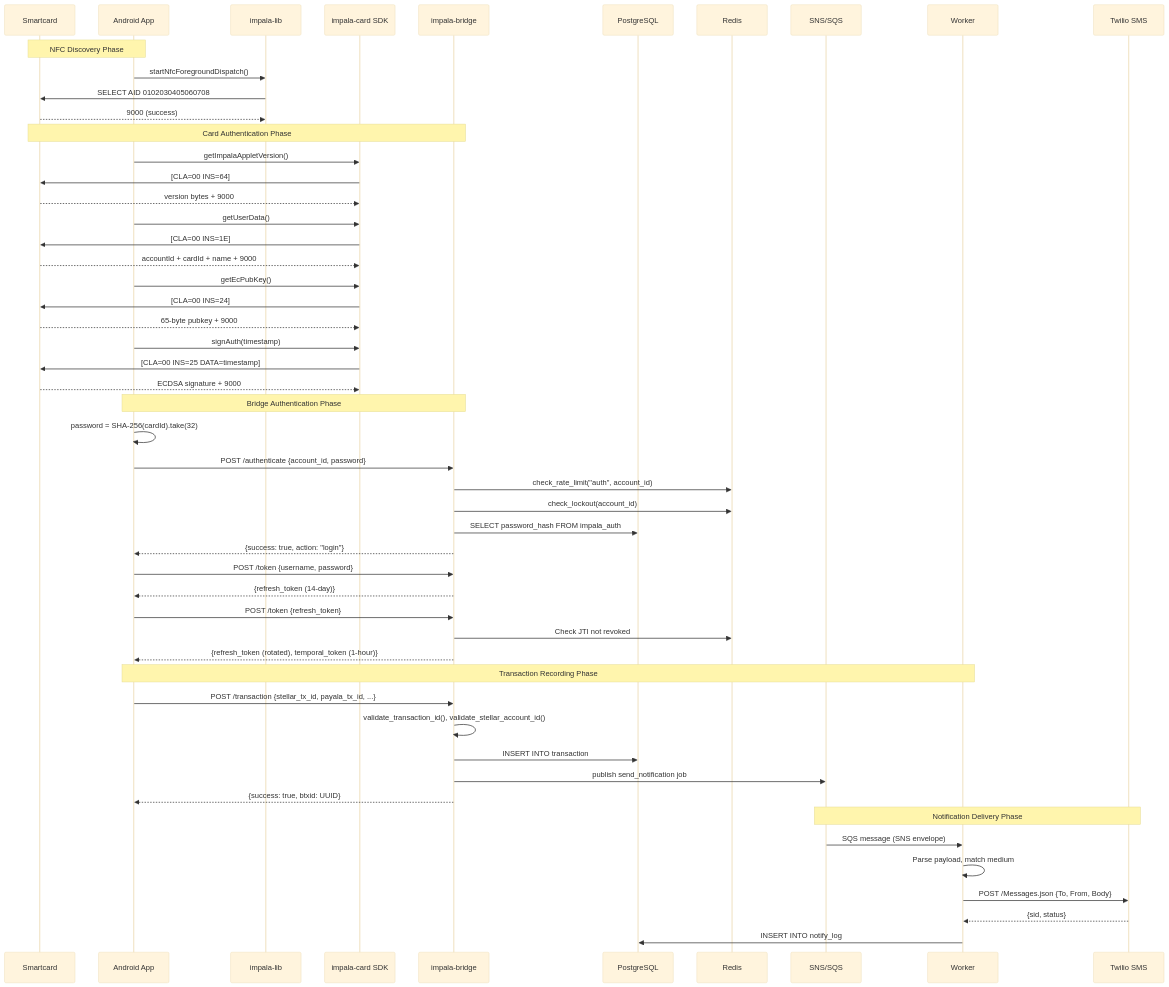
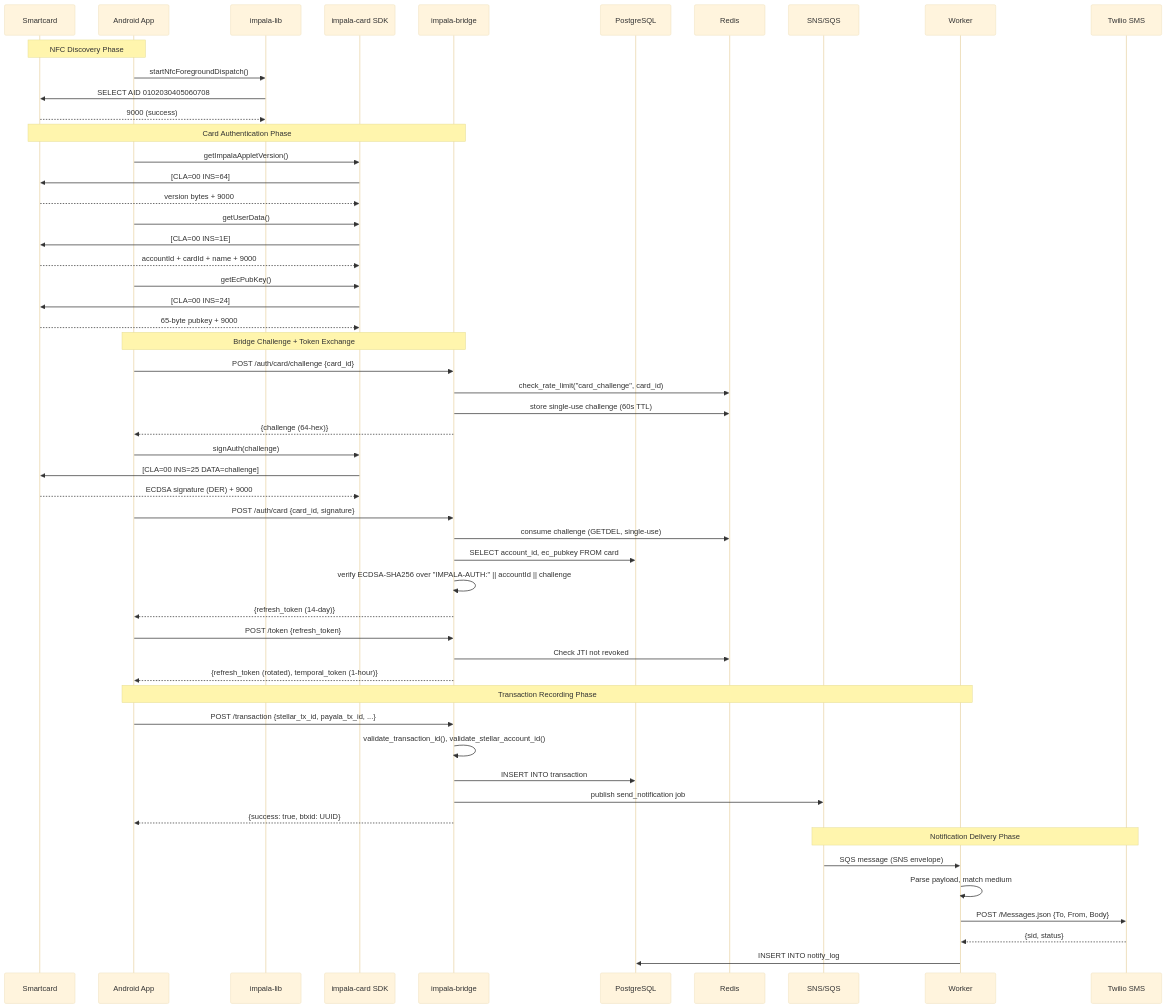
One commit to Financial-Empowerment-Partners/impala changed diagram 13 of 14 in ARCHITECTURE.md. Above: the diagram before and after it, drawn with Mermaid (base theme). The commit also changed other lines of this file and 11 other files, not shown here.

````diff
--- a/ARCHITECTURE.md
+++ b/ARCHITECTURE.md
@@ -1077,59 +1075,59 @@
 ```mermaid
 sequenceDiagram
     participant Card as Smartcard
     participant App as Android App
     participant Lib as impala-lib
     participant SDK as impala-card SDK
     participant Bridge as impala-bridge
     participant DB as PostgreSQL
     participant Redis as Redis
     participant SNS as SNS/SQS
     participant Worker as Worker
     participant Twilio as Twilio SMS
 
     Note over Card, App: NFC Discovery Phase
     App->>Lib: startNfcForegroundDispatch()
     Lib->>Card: SELECT AID 0102030405060708
     Card-->>Lib: 9000 (success)
 
     Note over Card, Bridge: Card Authentication Phase
     App->>SDK: getImpalaAppletVersion()
     SDK->>Card: [CLA=00 INS=64]
     Card-->>SDK: version bytes + 9000
     App->>SDK: getUserData()
     SDK->>Card: [CLA=00 INS=1E]
     Card-->>SDK: accountId + cardId + name + 9000
     App->>SDK: getEcPubKey()
     SDK->>Card: [CLA=00 INS=24]
     Card-->>SDK: 65-byte pubkey + 9000
-    App->>SDK: signAuth(timestamp)
-    SDK->>Card: [CLA=00 INS=25 DATA=timestamp]
-    Card-->>SDK: ECDSA signature + 9000
-
-    Note over App, Bridge: Bridge Authentication Phase
-    App->>App: password = SHA-256(cardId).take(32)
-    App->>Bridge: POST /authenticate {account_id, password}
-    Bridge->>Redis: check_rate_limit("auth", account_id)
-    Bridge->>Redis: check_lockout(account_id)
-    Bridge->>DB: SELECT password_hash FROM impala_auth
-    Bridge-->>App: {success: true, action: "login"}
-    App->>Bridge: POST /token {username, password}
+    Note over App, Bridge: Bridge Challenge + Token Exchange
+    App->>Bridge: POST /auth/card/challenge {card_id}
+    Bridge->>Redis: check_rate_limit("card_challenge", card_id)
+    Bridge->>Redis: store single-use challenge (60s TTL)
+    Bridge-->>App: {challenge (64-hex)}
+    App->>SDK: signAuth(challenge)
+    SDK->>Card: [CLA=00 INS=25 DATA=challenge]
+    Card-->>SDK: ECDSA signature (DER) + 9000
+    App->>Bridge: POST /auth/card {card_id, signature}
+    Bridge->>Redis: consume challenge (GETDEL, single-use)
+    Bridge->>DB: SELECT account_id, ec_pubkey FROM card
+    Bridge->>Bridge: verify ECDSA-SHA256 over "IMPALA-AUTH:" || accountId || challenge
     Bridge-->>App: {refresh_token (14-day)}
     App->>Bridge: POST /token {refresh_token}
     Bridge->>Redis: Check JTI not revoked
     Bridge-->>App: {refresh_token (rotated), temporal_token (1-hour)}
 
     Note over App, Worker: Transaction Recording Phase
     App->>Bridge: POST /transaction {stellar_tx_id, payala_tx_id, ...}
     Bridge->>Bridge: validate_transaction_id(), validate_stellar_account_id()
     Bridge->>DB: INSERT INTO transaction
     Bridge->>SNS: publish send_notification job
     Bridge-->>App: {success: true, btxid: UUID}
 
     Note over SNS, Twilio: Notification Delivery Phase
     SNS->>Worker: SQS message (SNS envelope)
     Worker->>Worker: Parse payload, match medium
     Worker->>Twilio: POST /Messages.json {To, From, Body}
     Twilio-->>Worker: {sid, status}
     Worker->>DB: INSERT INTO notify_log
 ```
````
